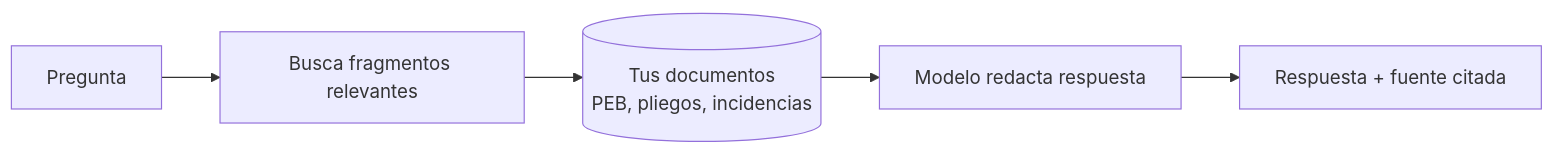
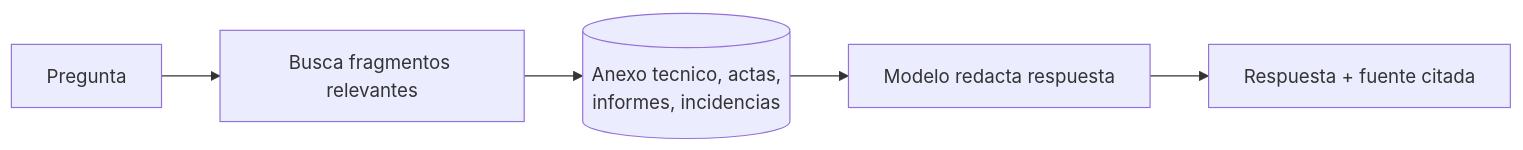
One commit to puyojulian-ascend/DiplomadoBIM.IA changed the first of 2 diagrams in docs/sessions/06-consulta-nocode-mcp.md. Above: the diagram before and after it, drawn with Mermaid. The commit also changed other lines of this file and 30 other files, not shown here.

````diff
--- a/docs/sessions/06-consulta-nocode-mcp.md
+++ b/docs/sessions/06-consulta-nocode-mcp.md
@@ -52,7 +69,7 @@
 ```mermaid
 flowchart LR
     A[Pregunta] --> B[Busca fragmentos relevantes]
-    B --> C[(Tus documentos<br/>PEB, pliegos, incidencias)]
+    B --> C[(Anexo tecnico, actas,<br/>informes, incidencias)]
     C --> D[Modelo redacta respuesta]
     D --> E[Respuesta + fuente citada]
 ```
````
